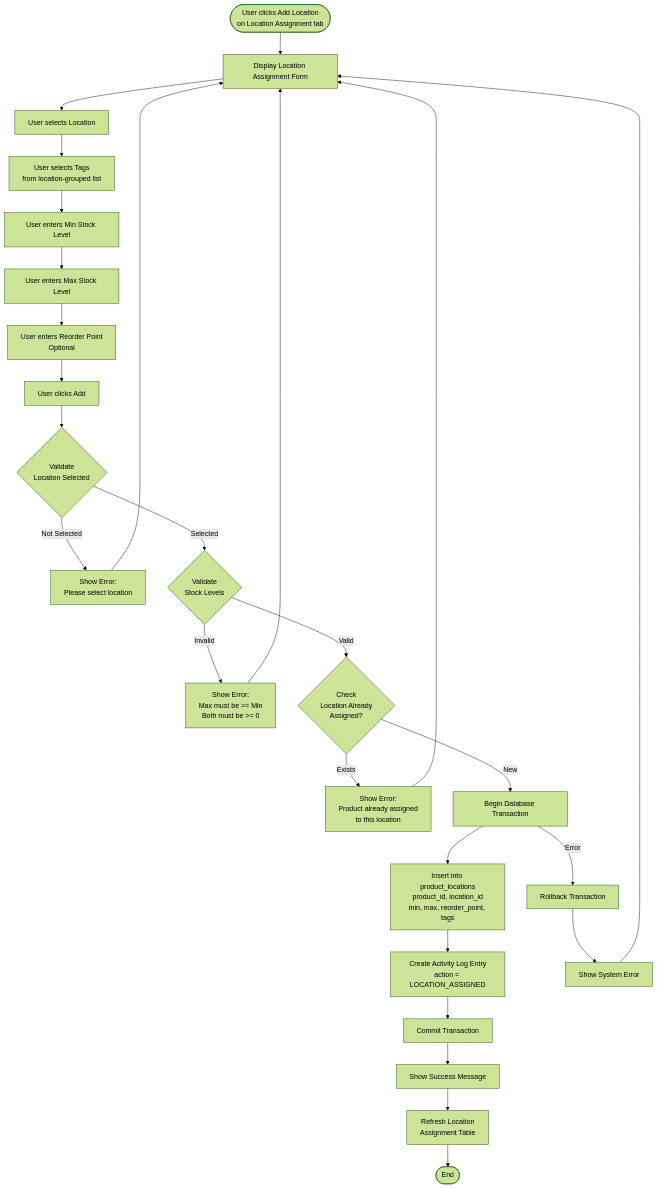
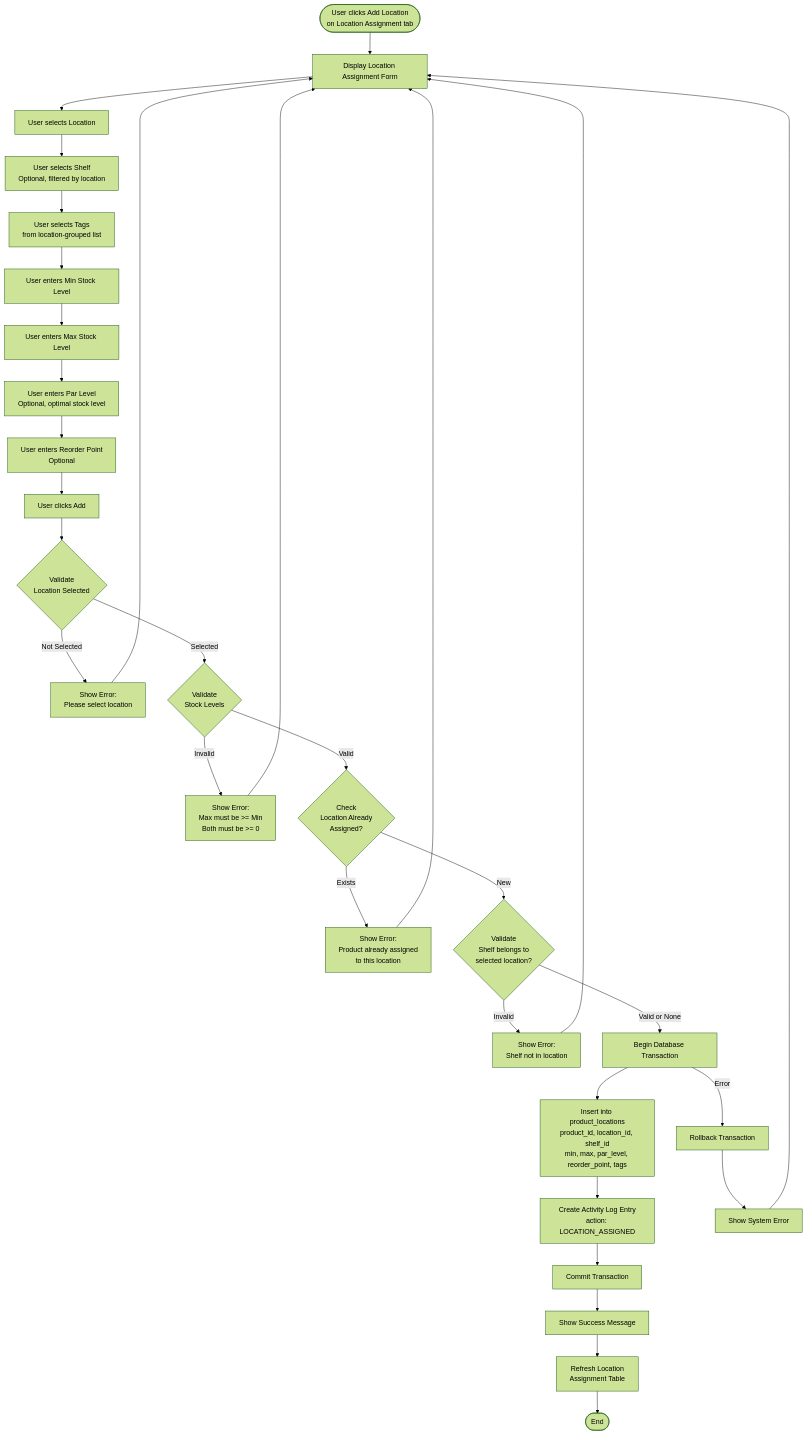
Before and after one commit to PeakMNA/carmen: the sixth of 20 diagrams in docs/app/product-management/products/FD-products.md, drawn with Mermaid (forest theme). The commit also changed other lines of this file and 473 other files, not shown here.

````diff
--- a/docs/app/product-management/products/FD-products.md
+++ b/docs/app/product-management/products/FD-products.md
@@ -199,35 +203,40 @@
 ```mermaid
 flowchart TD
     Start([User clicks Add Location<br>on Location Assignment tab]) --> ShowForm[Display Location Assignment Form]
     ShowForm --> SelectLoc[User selects Location]
-    SelectLoc --> SelectTags[User selects Tags<br>from location-grouped list]
+    SelectLoc --> SelectShelf[User selects Shelf<br>Optional, filtered by location]
+    SelectShelf --> SelectTags[User selects Tags<br>from location-grouped list]
     SelectTags --> EnterMin[User enters Min Stock Level]
     EnterMin --> EnterMax[User enters Max Stock Level]
-    EnterMax --> EnterReorder[User enters Reorder Point<br>Optional]
+    EnterMax --> EnterPar[User enters Par Level<br>Optional, optimal stock level]
+    EnterPar --> EnterReorder[User enters Reorder Point<br>Optional]
     EnterReorder --> ClickSave[User clicks Add]
 
     ClickSave --> ValidateLoc{Validate<br>Location Selected}
     ValidateLoc -->|Not Selected| ErrLoc[Show Error:<br>Please select location]
     ErrLoc --> ShowForm
 
     ValidateLoc -->|Selected| ValidateLevels{Validate<br>Stock Levels}
     ValidateLevels -->|Invalid| ErrLevels[Show Error:<br>Max must be >= Min<br>Both must be >= 0]
     ErrLevels --> ShowForm
 
     ValidateLevels -->|Valid| CheckDup{Check<br>Location Already<br>Assigned?}
     CheckDup -->|Exists| ErrDup[Show Error:<br>Product already assigned<br>to this location]
     ErrDup --> ShowForm
 
-    CheckDup -->|New| BeginTx[Begin Database Transaction]
-    BeginTx --> InsertAssign[Insert into product_locations<br>product_id, location_id<br>min, max, reorder_point, tags]
-    InsertAssign --> LogActivity[Create Activity Log Entry<br>action = LOCATION_ASSIGNED]
+    CheckDup -->|New| ValidateShelf{Validate<br>Shelf belongs to<br>selected location?}
+    ValidateShelf -->|Invalid| ErrShelf[Show Error:<br>Shelf not in location]
+    ErrShelf --> ShowForm
+    ValidateShelf -->|Valid or None| BeginTx[Begin Database Transaction]
+    BeginTx --> InsertAssign[Insert into product_locations<br>product_id, location_id, shelf_id<br>min, max, par_level, reorder_point, tags]
+    InsertAssign --> LogActivity[Create Activity Log Entry<br>action: LOCATION_ASSIGNED]
     LogActivity --> CommitTx[Commit Transaction]
 
     CommitTx --> Success[Show Success Message]
     Success --> RefreshTable[Refresh Location<br>Assignment Table]
     RefreshTable --> End([End])
 
     BeginTx -->|Error| Rollback[Rollback Transaction]
     Rollback --> ErrSys[Show System Error]
     ErrSys --> ShowForm
 ```
````
